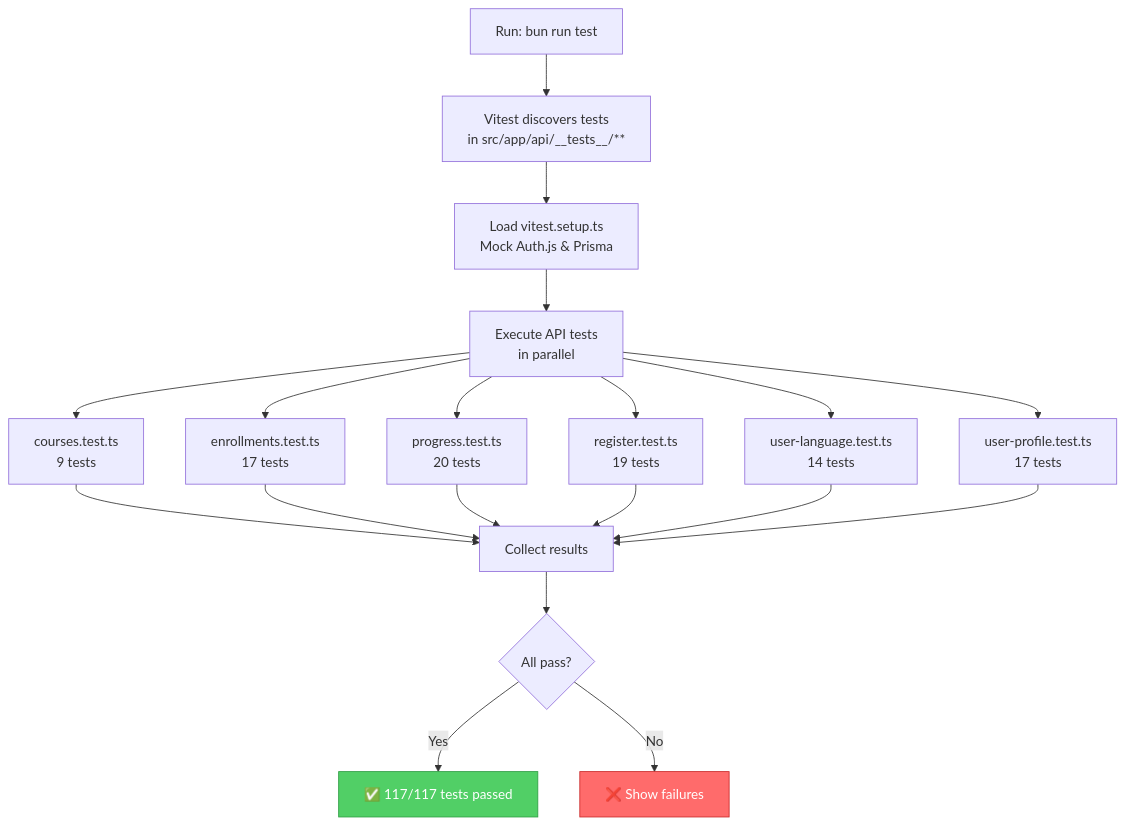
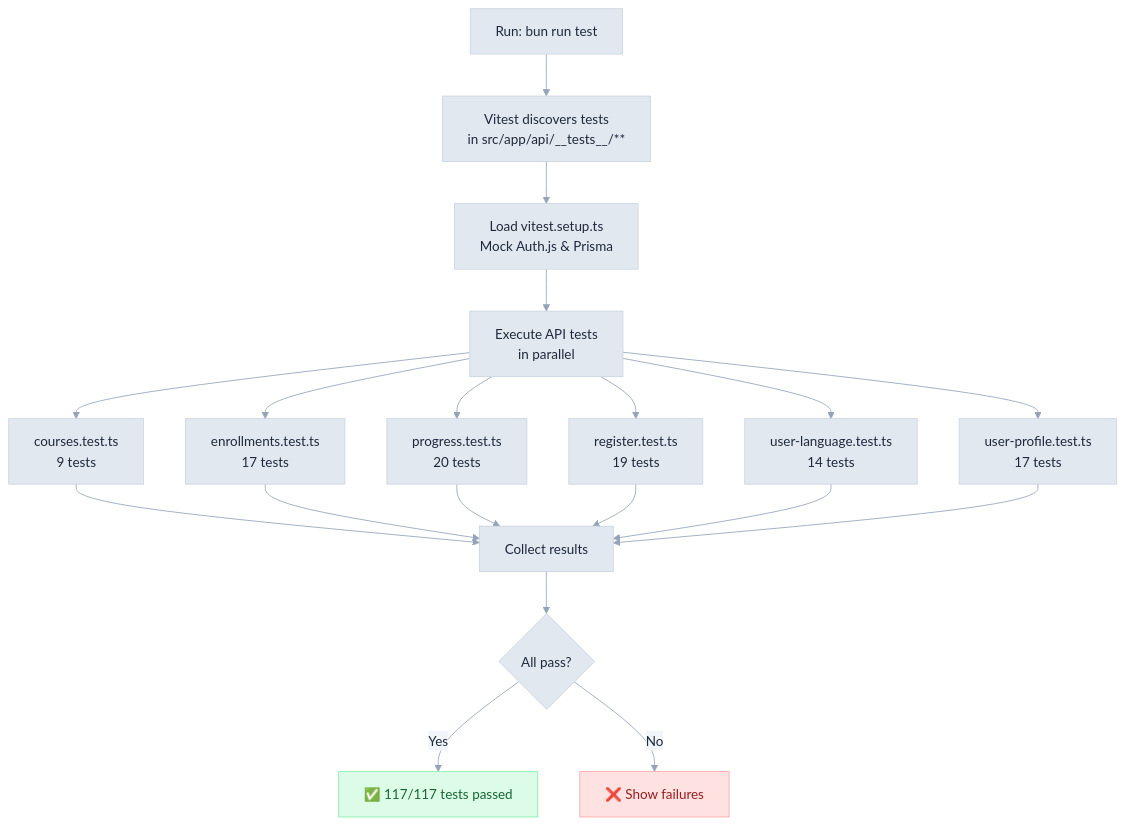
One commit to 3DHDSoft/devmultiplier-academy changed the diagram in doc/API_TESTS.md. Above: the diagram before and after it, drawn with Mermaid. The commit also changed 19 other files, not shown here.

````diff
--- a/doc/API_TESTS.md
+++ b/doc/API_TESTS.md
@@ -12,27 +12,37 @@
 ```mermaid
-flowchart TD
+%%{init: {'theme': 'base', 'themeVariables': {
+  'primaryColor': '#e2e8f0',
+  'primaryTextColor': '#1e293b',
+  'primaryBorderColor': '#cbd5e1',
+  'lineColor': '#94a3b8',
+  'secondaryColor': '#f1f5f9',
+  'tertiaryColor': '#f8fafc',
+  'background': '#ffffff',
+  'textColor': '#334155',
+  'fontFamily': 'system-ui, -apple-system, sans-serif'
+}}}%%flowchart TD
     A["Run: bun run test"] --> B["Vitest discovers tests<br/>in src/app/api/__tests__/**"]
     B --> C["Load vitest.setup.ts<br/>Mock Auth.js & Prisma"]
     C --> D["Execute API tests<br/>in parallel"]
 
     D --> Courses["courses.test.ts<br/>9 tests"]
     D --> Enrollments["enrollments.test.ts<br/>17 tests"]
     D --> Progress["progress.test.ts<br/>20 tests"]
     D --> Register["register.test.ts<br/>19 tests"]
     D --> Language["user-language.test.ts<br/>14 tests"]
     D --> Profile["user-profile.test.ts<br/>17 tests"]
 
     Courses --> E["Collect results"]
     Enrollments --> E
     Progress --> E
     Register --> E
     Language --> E
     Profile --> E
 
     E --> F{All pass?}
     F -->|Yes| G["✅ 117/117 tests passed"]
     F -->|No| H["❌ Show failures"]
 
-    style G fill:#51cf66,stroke:#2f9e44,color:#fff
-    style H fill:#ff6b6b,stroke:#c92a2a,color:#fff
+    style G fill:#dcfce7,stroke:#86efac,color:#166534
+    style H fill:#fee2e2,stroke:#fca5a5,color:#991b1b
 ```
````
